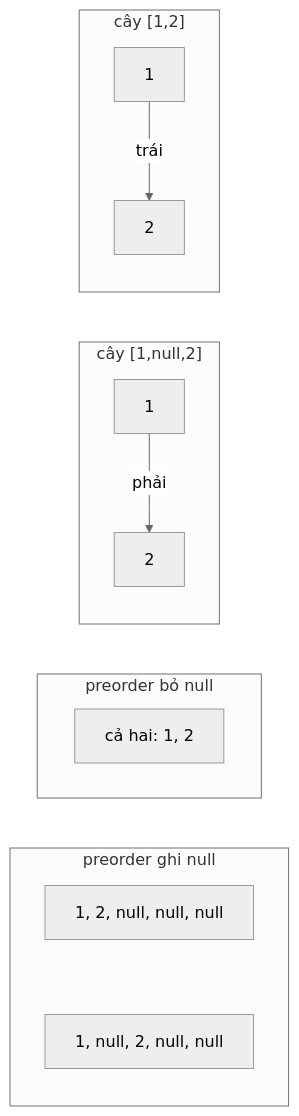
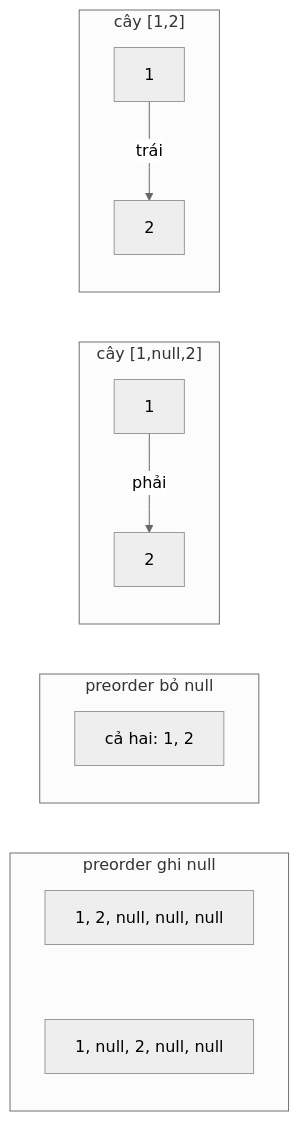
Before and after one commit to duongbui234/software-engineering-atlas: the second of 2 diagrams in content/problems/same-tree.md, drawn with Mermaid (neutral theme). The commit also changed other lines of this file and 134 other files, not shown here.

First line of the commit message:
Fit every Mermaid diagram at 390px without sideways scroll (#56)

````diff
--- a/content/problems/same-tree.md
+++ b/content/problems/same-tree.md
@@ -141,22 +141,22 @@
 ```mermaid
 flowchart TB
   subgraph A["cây [1,2]"]
     direction TB
     A1["1"] -- "trái" --> A2["2"]
   end
   subgraph B["cây [1,null,2]"]
     direction TB
     B1["1"] -- "phải" --> B2["2"]
   end
   subgraph C["preorder bỏ null"]
-    direction LR
+    direction TB
     C1["cả hai: 1, 2"]
   end
   subgraph D["preorder ghi null"]
     direction TB
     D1["1, 2, null, null, null"]
     D2["1, null, 2, null, null"]
     D1 ~~~ D2
   end
   A ~~~ B ~~~ C ~~~ D
 ```
````
